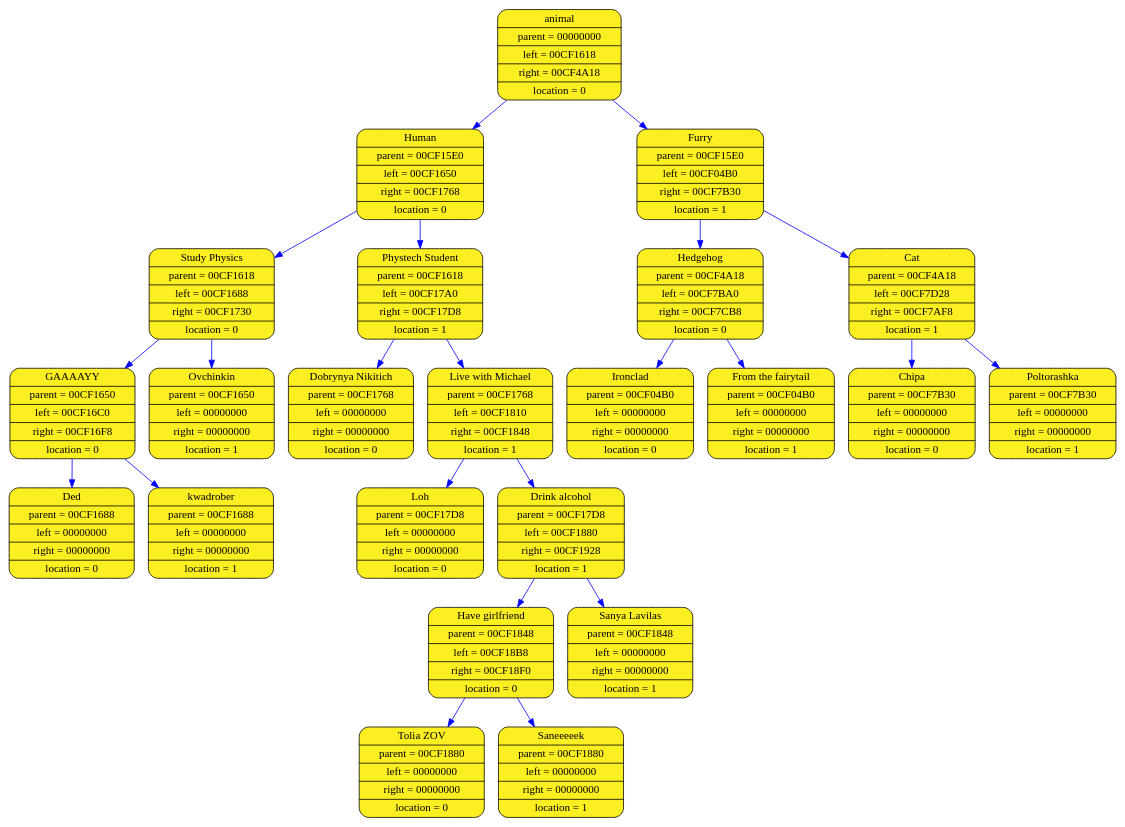
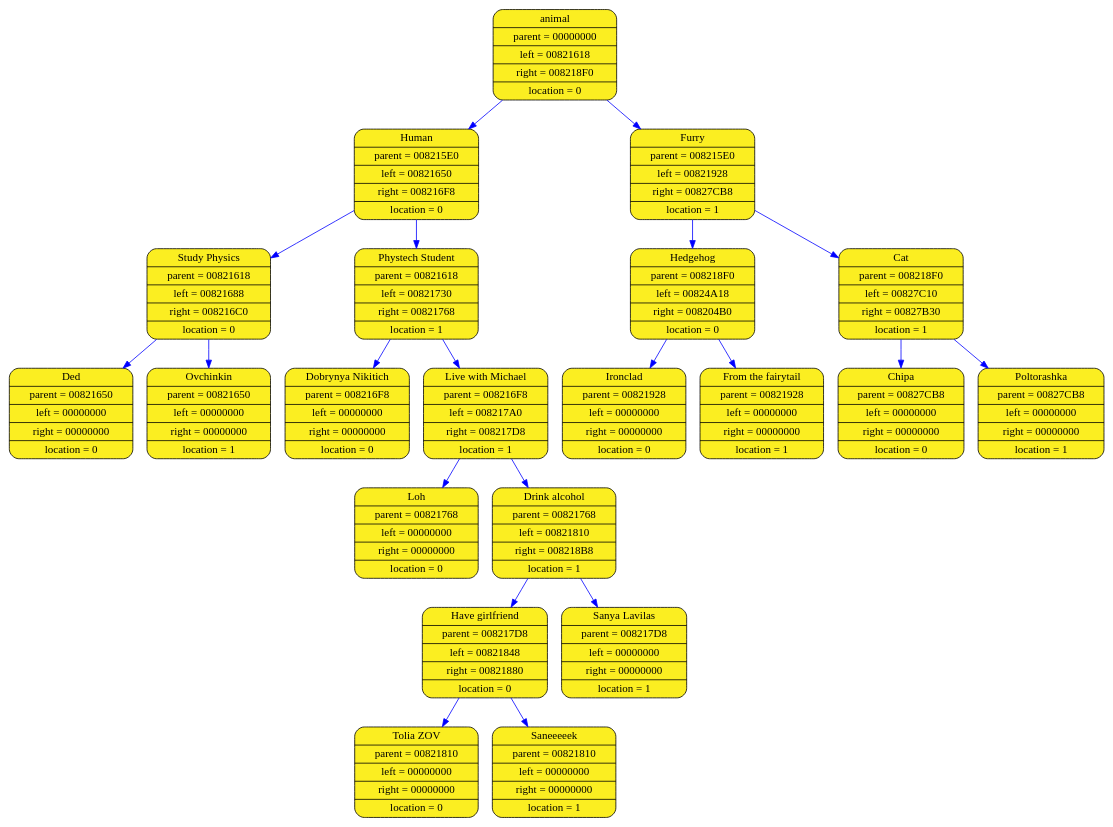
One commit to aywert/ACINATOR changed the diagram in log_folder_acinator/acinator_graph.dot. Above: the diagram before and after it, drawn with Graphviz. The commit also changed 5 other files, not shown here.

```diff
--- a/log_folder_acinator/acinator_graph.dot
+++ b/log_folder_acinator/acinator_graph.dot
@@ -1,49 +1,45 @@
 digraph list
 {
 rankdir=HR;
-	13571556 [shape = Mrecord; style = filled; fillcolor="#FBEE21"; color = "#000000"; fontcolor = "#000000"; label = "{ animal| parent = 00000000| left = 00CF1618| right = 00CF4A18| location = 0}"];
-	13571612 [shape = Mrecord; style = filled; fillcolor="#FBEE21"; color = "#000000"; fontcolor = "#000000"; label = "{ Human| parent = 00CF15E0| left = 00CF1650| right = 00CF1768| location = 0}"];
-	13571556 -> 13571612 [color="blue"]
-	13571668 [shape = Mrecord; style = filled; fillcolor="#FBEE21"; color = "#000000"; fontcolor = "#000000"; label = "{ Study Physics| parent = 00CF1618| left = 00CF1688| right = 00CF1730| location = 0}"];
-	13571612 -> 13571668 [color="blue"]
-	13571724 [shape = Mrecord; style = filled; fillcolor="#FBEE21"; color = "#000000"; fontcolor = "#000000"; label = "{ GAAAAYY| parent = 00CF1650| left = 00CF16C0| right = 00CF16F8| location = 0}"];
-	13571668 -> 13571724 [color="blue"]
-	13571780 [shape = Mrecord; style = filled; fillcolor="#FBEE21"; color = "#000000"; fontcolor = "#000000"; label = "{ Ded| parent = 00CF1688| left = 00000000| right = 00000000| location = 0}"];
-	13571724 -> 13571780 [color="blue"]
-	13571836 [shape = Mrecord; style = filled; fillcolor="#FBEE21"; color = "#000000"; fontcolor = "#000000"; label = "{ kwadrober| parent = 00CF1688| left = 00000000| right = 00000000| location = 1}"];
-	13571724 -> 13571836 [color="blue"]
-	13571892 [shape = Mrecord; style = filled; fillcolor="#FBEE21"; color = "#000000"; fontcolor = "#000000"; label = "{ Ovchinkin| parent = 00CF1650| left = 00000000| right = 00000000| location = 1}"];
-	13571668 -> 13571892 [color="blue"]
-	13571948 [shape = Mrecord; style = filled; fillcolor="#FBEE21"; color = "#000000"; fontcolor = "#000000"; label = "{ Phystech Student| parent = 00CF1618| left = 00CF17A0| right = 00CF17D8| location = 1}"];
-	13571612 -> 13571948 [color="blue"]
-	13572004 [shape = Mrecord; style = filled; fillcolor="#FBEE21"; color = "#000000"; fontcolor = "#000000"; label = "{ Dobrynya Nikitich| parent = 00CF1768| left = 00000000| right = 00000000| location = 0}"];
-	13571948 -> 13572004 [color="blue"]
-	13572060 [shape = Mrecord; style = filled; fillcolor="#FBEE21"; color = "#000000"; fontcolor = "#000000"; label = "{ Live with Michael| parent = 00CF1768| left = 00CF1810| right = 00CF1848| location = 1}"];
-	13571948 -> 13572060 [color="blue"]
-	13572116 [shape = Mrecord; style = filled; fillcolor="#FBEE21"; color = "#000000"; fontcolor = "#000000"; label = "{ Loh| parent = 00CF17D8| left = 00000000| right = 00000000| location = 0}"];
-	13572060 -> 13572116 [color="blue"]
-	13572172 [shape = Mrecord; style = filled; fillcolor="#FBEE21"; color = "#000000"; fontcolor = "#000000"; label = "{ Drink alcohol| parent = 00CF17D8| left = 00CF1880| right = 00CF1928| location = 1}"];
-	13572060 -> 13572172 [color="blue"]
-	13572228 [shape = Mrecord; style = filled; fillcolor="#FBEE21"; color = "#000000"; fontcolor = "#000000"; label = "{ Have girlfriend| parent = 00CF1848| left = 00CF18B8| right = 00CF18F0| location = 0}"];
-	13572172 -> 13572228 [color="blue"]
-	13572284 [shape = Mrecord; style = filled; fillcolor="#FBEE21"; color = "#000000"; fontcolor = "#000000"; label = "{ Tolia ZOV| parent = 00CF1880| left = 00000000| right = 00000000| location = 0}"];
-	13572228 -> 13572284 [color="blue"]
-	13572340 [shape = Mrecord; style = filled; fillcolor="#FBEE21"; color = "#000000"; fontcolor = "#000000"; label = "{ Saneeeeek| parent = 00CF1880| left = 00000000| right = 00000000| location = 1}"];
-	13572228 -> 13572340 [color="blue"]
-	13572396 [shape = Mrecord; style = filled; fillcolor="#FBEE21"; color = "#000000"; fontcolor = "#000000"; label = "{ Sanya Lavilas| parent = 00CF1848| left = 00000000| right = 00000000| location = 1}"];
-	13572172 -> 13572396 [color="blue"]
-	13584924 [shape = Mrecord; style = filled; fillcolor="#FBEE21"; color = "#000000"; fontcolor = "#000000"; label = "{ Furry| parent = 00CF15E0| left = 00CF04B0| right = 00CF7B30| location = 1}"];
-	13571556 -> 13584924 [color="blue"]
-	13567156 [shape = Mrecord; style = filled; fillcolor="#FBEE21"; color = "#000000"; fontcolor = "#000000"; label = "{ Hedgehog| parent = 00CF4A18| left = 00CF7BA0| right = 00CF7CB8| location = 0}"];
-	13584924 -> 13567156 [color="blue"]
-	13597604 [shape = Mrecord; style = filled; fillcolor="#FBEE21"; color = "#000000"; fontcolor = "#000000"; label = "{ Ironclad| parent = 00CF04B0| left = 00000000| right = 00000000| location = 0}"];
-	13567156 -> 13597604 [color="blue"]
-	13597884 [shape = Mrecord; style = filled; fillcolor="#FBEE21"; color = "#000000"; fontcolor = "#000000"; label = "{ From the fairytail| parent = 00CF04B0| left = 00000000| right = 00000000| location = 1}"];
-	13567156 -> 13597884 [color="blue"]
-	13597492 [shape = Mrecord; style = filled; fillcolor="#FBEE21"; color = "#000000"; fontcolor = "#000000"; label = "{ Cat| parent = 00CF4A18| left = 00CF7D28| right = 00CF7AF8| location = 1}"];
-	13584924 -> 13597492 [color="blue"]
-	13597996 [shape = Mrecord; style = filled; fillcolor="#FBEE21"; color = "#000000"; fontcolor = "#000000"; label = "{ Chipa| parent = 00CF7B30| left = 00000000| right = 00000000| location = 0}"];
-	13597492 -> 13597996 [color="blue"]
-	13597436 [shape = Mrecord; style = filled; fillcolor="#FBEE21"; color = "#000000"; fontcolor = "#000000"; label = "{ Poltorashka| parent = 00CF7B30| left = 00000000| right = 00000000| location = 1}"];
-	13597492 -> 13597436 [color="blue"]
+	8525284 [shape = Mrecord; style = filled; fillcolor="#FBEE21"; color = "#000000"; fontcolor = "#000000"; label = "{ animal| parent = 00000000| left = 00821618| right = 008218F0| location = 0}"];
+	8525340 [shape = Mrecord; style = filled; fillcolor="#FBEE21"; color = "#000000"; fontcolor = "#000000"; label = "{ Human| parent = 008215E0| left = 00821650| right = 008216F8| location = 0}"];
+	8525284 -> 8525340 [color="blue"]
+	8525396 [shape = Mrecord; style = filled; fillcolor="#FBEE21"; color = "#000000"; fontcolor = "#000000"; label = "{ Study Physics| parent = 00821618| left = 00821688| right = 008216C0| location = 0}"];
+	8525340 -> 8525396 [color="blue"]
+	8525452 [shape = Mrecord; style = filled; fillcolor="#FBEE21"; color = "#000000"; fontcolor = "#000000"; label = "{ Ded| parent = 00821650| left = 00000000| right = 00000000| location = 0}"];
+	8525396 -> 8525452 [color="blue"]
+	8525508 [shape = Mrecord; style = filled; fillcolor="#FBEE21"; color = "#000000"; fontcolor = "#000000"; label = "{ Ovchinkin| parent = 00821650| left = 00000000| right = 00000000| location = 1}"];
+	8525396 -> 8525508 [color="blue"]
+	8525564 [shape = Mrecord; style = filled; fillcolor="#FBEE21"; color = "#000000"; fontcolor = "#000000"; label = "{ Phystech Student| parent = 00821618| left = 00821730| right = 00821768| location = 1}"];
+	8525340 -> 8525564 [color="blue"]
+	8525620 [shape = Mrecord; style = filled; fillcolor="#FBEE21"; color = "#000000"; fontcolor = "#000000"; label = "{ Dobrynya Nikitich| parent = 008216F8| left = 00000000| right = 00000000| location = 0}"];
+	8525564 -> 8525620 [color="blue"]
+	8525676 [shape = Mrecord; style = filled; fillcolor="#FBEE21"; color = "#000000"; fontcolor = "#000000"; label = "{ Live with Michael| parent = 008216F8| left = 008217A0| right = 008217D8| location = 1}"];
+	8525564 -> 8525676 [color="blue"]
+	8525732 [shape = Mrecord; style = filled; fillcolor="#FBEE21"; color = "#000000"; fontcolor = "#000000"; label = "{ Loh| parent = 00821768| left = 00000000| right = 00000000| location = 0}"];
+	8525676 -> 8525732 [color="blue"]
+	8525788 [shape = Mrecord; style = filled; fillcolor="#FBEE21"; color = "#000000"; fontcolor = "#000000"; label = "{ Drink alcohol| parent = 00821768| left = 00821810| right = 008218B8| location = 1}"];
+	8525676 -> 8525788 [color="blue"]
+	8525844 [shape = Mrecord; style = filled; fillcolor="#FBEE21"; color = "#000000"; fontcolor = "#000000"; label = "{ Have girlfriend| parent = 008217D8| left = 00821848| right = 00821880| location = 0}"];
+	8525788 -> 8525844 [color="blue"]
+	8525900 [shape = Mrecord; style = filled; fillcolor="#FBEE21"; color = "#000000"; fontcolor = "#000000"; label = "{ Tolia ZOV| parent = 00821810| left = 00000000| right = 00000000| location = 0}"];
+	8525844 -> 8525900 [color="blue"]
+	8525956 [shape = Mrecord; style = filled; fillcolor="#FBEE21"; color = "#000000"; fontcolor = "#000000"; label = "{ Saneeeeek| parent = 00821810| left = 00000000| right = 00000000| location = 1}"];
+	8525844 -> 8525956 [color="blue"]
+	8526012 [shape = Mrecord; style = filled; fillcolor="#FBEE21"; color = "#000000"; fontcolor = "#000000"; label = "{ Sanya Lavilas| parent = 008217D8| left = 00000000| right = 00000000| location = 1}"];
+	8525788 -> 8526012 [color="blue"]
+	8526068 [shape = Mrecord; style = filled; fillcolor="#FBEE21"; color = "#000000"; fontcolor = "#000000"; label = "{ Furry| parent = 008215E0| left = 00821928| right = 00827CB8| location = 1}"];
+	8525284 -> 8526068 [color="blue"]
+	8526124 [shape = Mrecord; style = filled; fillcolor="#FBEE21"; color = "#000000"; fontcolor = "#000000"; label = "{ Hedgehog| parent = 008218F0| left = 00824A18| right = 008204B0| location = 0}"];
+	8526068 -> 8526124 [color="blue"]
+	8538652 [shape = Mrecord; style = filled; fillcolor="#FBEE21"; color = "#000000"; fontcolor = "#000000"; label = "{ Ironclad| parent = 00821928| left = 00000000| right = 00000000| location = 0}"];
+	8526124 -> 8538652 [color="blue"]
+	8520884 [shape = Mrecord; style = filled; fillcolor="#FBEE21"; color = "#000000"; fontcolor = "#000000"; label = "{ From the fairytail| parent = 00821928| left = 00000000| right = 00000000| location = 1}"];
+	8526124 -> 8520884 [color="blue"]
+	8551612 [shape = Mrecord; style = filled; fillcolor="#FBEE21"; color = "#000000"; fontcolor = "#000000"; label = "{ Cat| parent = 008218F0| left = 00827C10| right = 00827B30| location = 1}"];
+	8526068 -> 8551612 [color="blue"]
+	8551444 [shape = Mrecord; style = filled; fillcolor="#FBEE21"; color = "#000000"; fontcolor = "#000000"; label = "{ Chipa| parent = 00827CB8| left = 00000000| right = 00000000| location = 0}"];
+	8551612 -> 8551444 [color="blue"]
+	8551220 [shape = Mrecord; style = filled; fillcolor="#FBEE21"; color = "#000000"; fontcolor = "#000000"; label = "{ Poltorashka| parent = 00827CB8| left = 00000000| right = 00000000| location = 1}"];
+	8551612 -> 8551220 [color="blue"]
 	}
```
